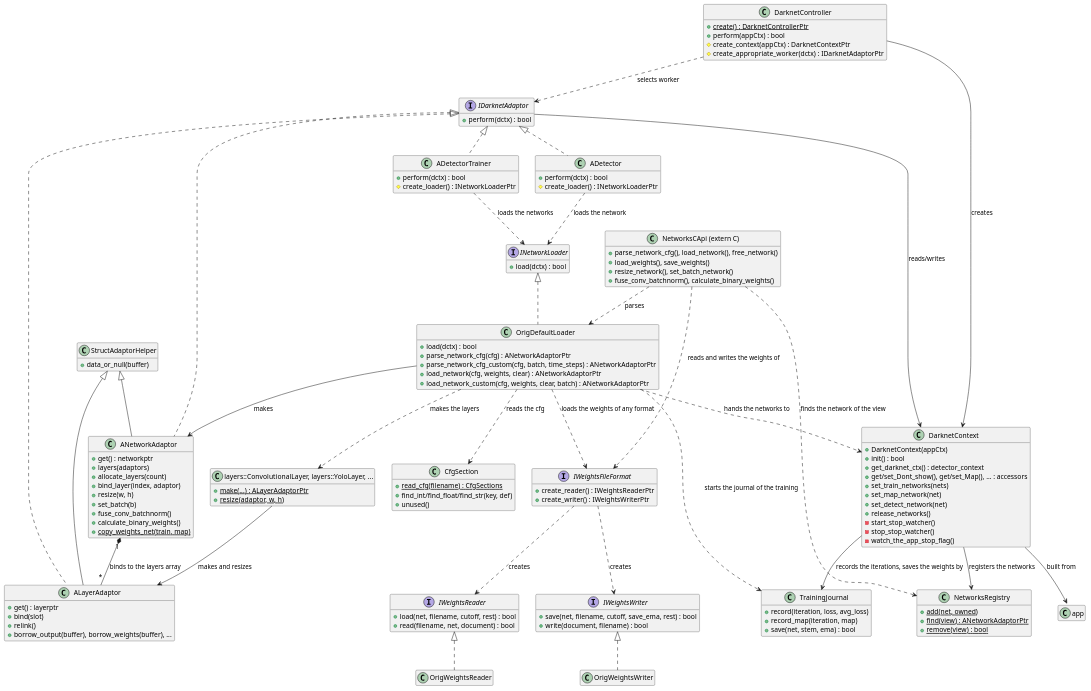
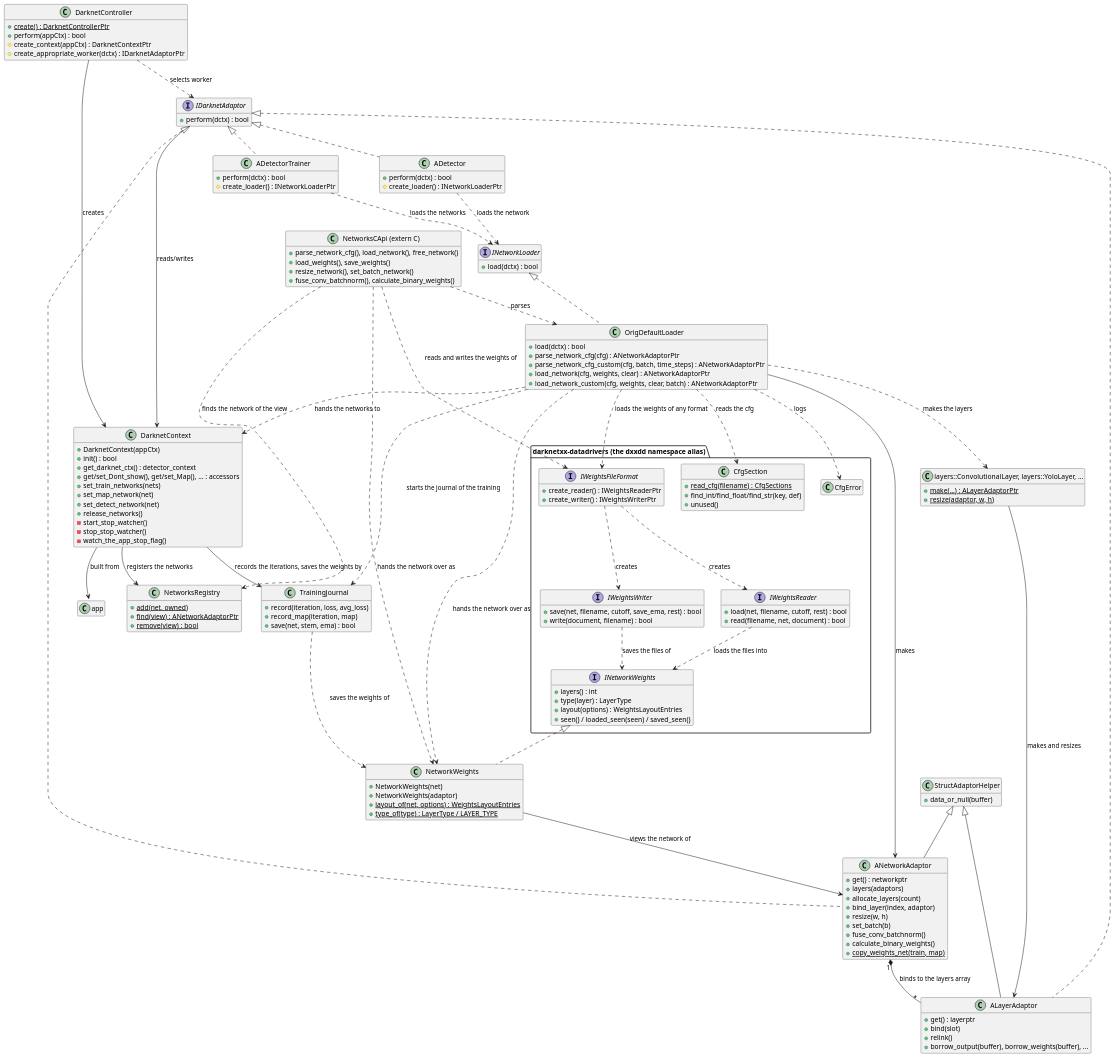
One commit to yuriysydor1991/darknetxx changed the diagram in doc/sections/en_US/4-7-2-darknet-adaptor-components.md. Above: the diagram before and after it, drawn with PlantUML. The commit also changed other lines of this file and 68 other files, not shown here.

First line of the commit message:
docs: document the darknetxx-datadrivers library the project depends on

```diff
--- a/doc/sections/en_US/4-7-2-darknet-adaptor-components.md
+++ b/doc/sections/en_US/4-7-2-darknet-adaptor-components.md
@@ -60,29 +65,44 @@
   +load_network_custom(cfg, weights, clear, batch) : ANetworkAdaptorPtr
 }
 
-class CfgSection {
-  +{static} read_cfg(filename) : CfgSections
-  +find_int/find_float/find_str(key, def)
-  +unused()
+package "darknetxx-datadrivers (the dxxdd namespace alias)" {
+  class CfgSection {
+    +{static} read_cfg(filename) : CfgSections
+    +find_int/find_float/find_str(key, def)
+    +unused()
+  }
+
+  class CfgError
+
+  interface INetworkWeights {
+    +layers() : int
+    +type(layer) : LayerType
+    +layout(options) : WeightsLayoutEntries
+    +seen() / loaded_seen(seen) / saved_seen()
+  }
+
+  interface IWeightsReader {
+    +load(net, filename, cutoff, rest) : bool
+    +read(filename, net, document) : bool
+  }
+
+  interface IWeightsWriter {
+    +save(net, filename, cutoff, save_ema, rest) : bool
+    +write(document, filename) : bool
+  }
+
+  interface IWeightsFileFormat {
+    +create_reader() : IWeightsReaderPtr
+    +create_writer() : IWeightsWriterPtr
+  }
 }
 
-interface IWeightsReader {
-  +load(net, filename, cutoff, rest) : bool
-  +read(filename, net, document) : bool
+class NetworkWeights {
+  +NetworkWeights(net)
+  +NetworkWeights(adaptor)
+  +{static} layout_of(net, options) : WeightsLayoutEntries
+  +{static} type_of(type) : LayerType / LAYER_TYPE
 }
-
-interface IWeightsWriter {
-  +save(net, filename, cutoff, save_ema, rest) : bool
-  +write(document, filename) : bool
-}
-
-interface IWeightsFileFormat {
-  +create_reader() : IWeightsReaderPtr
-  +create_writer() : IWeightsWriterPtr
-}
-
-class OrigWeightsReader
-class OrigWeightsWriter
 
 class TrainingJournal {
   +record(iteration, loss, avg_loss)
@@ -136,8 +156,7 @@
 IDarknetAdaptor <|.. ALayerAdaptor
 IDarknetAdaptor <|.. ANetworkAdaptor
 INetworkLoader <|.. OrigDefaultLoader
-IWeightsReader <|.. OrigWeightsReader
-IWeightsWriter <|.. OrigWeightsWriter
+INetworkWeights <|.. NetworkWeights
 StructAdaptorHelper <|-- ALayerAdaptor
 StructAdaptorHelper <|-- ANetworkAdaptor
 
@@ -147,11 +166,17 @@
 ADetector ..> INetworkLoader : loads the network
 ADetectorTrainer ..> INetworkLoader : loads the networks
 OrigDefaultLoader ..> CfgSection : reads the cfg
+OrigDefaultLoader ..> CfgError : logs
 OrigDefaultLoader ..> Layers : makes the layers
 OrigDefaultLoader ..> IWeightsFileFormat : loads the weights of any format
+OrigDefaultLoader ..> NetworkWeights : hands the network over as
 OrigDefaultLoader ..> TrainingJournal : starts the journal of the training
 IWeightsFileFormat ..> IWeightsReader : creates
 IWeightsFileFormat ..> IWeightsWriter : creates
+IWeightsReader ..> INetworkWeights : loads the files into
+IWeightsWriter ..> INetworkWeights : saves the files of
+NetworkWeights --> ANetworkAdaptor : views the network of
+TrainingJournal ..> NetworkWeights : saves the weights of
 DarknetContext --> TrainingJournal : records the iterations, saves the weights by
 OrigDefaultLoader --> ANetworkAdaptor : makes
 OrigDefaultLoader ..> DarknetContext : hands the networks to
@@ -161,5 +186,6 @@
 NetworksCApi ..> NetworksRegistry : finds the network of the view
 NetworksCApi ..> OrigDefaultLoader : parses
 NetworksCApi ..> IWeightsFileFormat : reads and writes the weights of
+NetworksCApi ..> NetworkWeights : hands the network over as
 DarknetContext --> "app::ApplicationContext" : built from
 @enduml
```
